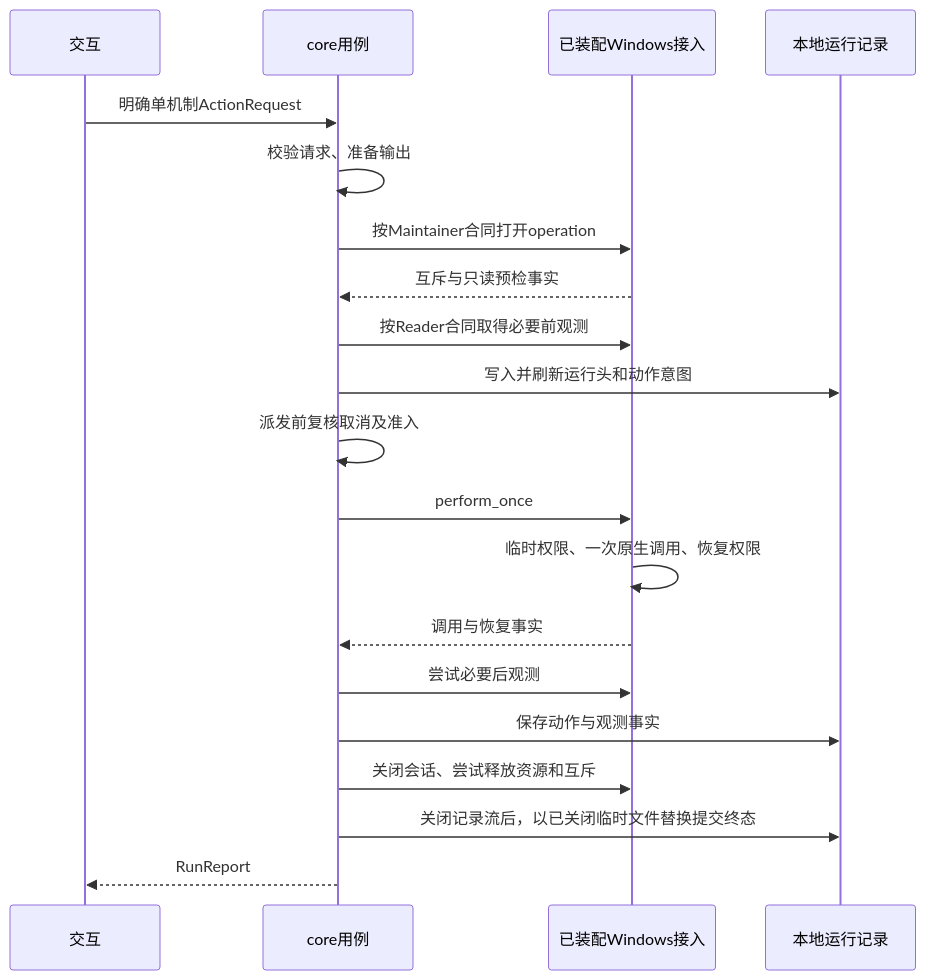
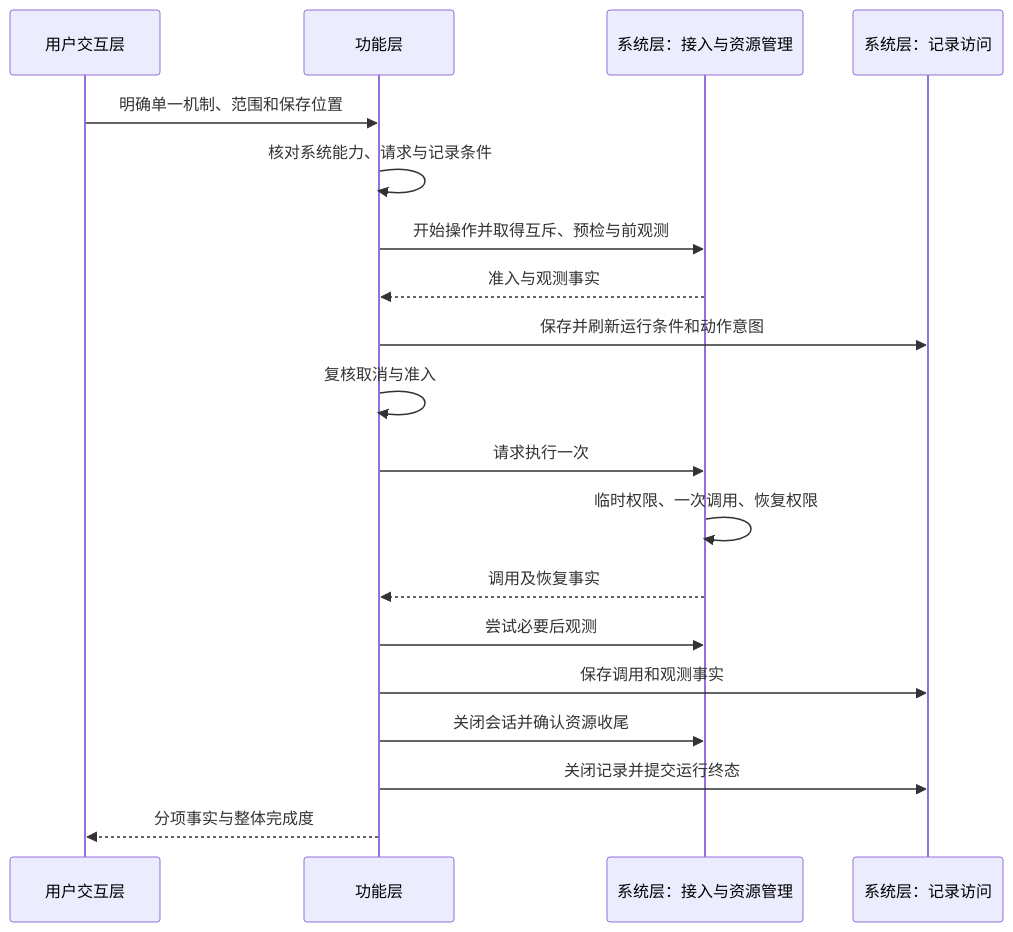
One commit to DreamSoul-AI/cpu-memory-cleanup changed the third of 4 diagrams in docs/CPU 内存清理 架构设计.md. Above: the diagram before and after it, drawn with Mermaid. The commit also changed other lines of this file and 39 other files, not shown here.

````diff
--- a/docs/CPU 内存清理 架构设计.md
+++ b/docs/CPU 内存清理 架构设计.md
@@ -105,22 +122,21 @@
 ```mermaid
 sequenceDiagram
-    participant I as 交互
-    participant C as core用例
-    participant W as 已装配Windows接入
-    participant R as 本地运行记录
-    I->>C: 明确单机制ActionRequest
-    C->>C: 校验请求、准备输出
-    C->>W: 按Maintainer合同打开operation
-    W-->>C: 互斥与只读预检事实
-    C->>W: 按Reader合同取得必要前观测
-    C->>R: 写入并刷新运行头和动作意图
-    C->>C: 派发前复核取消及准入
-    C->>W: perform_once
-    W->>W: 临时权限、一次原生调用、恢复权限
-    W-->>C: 调用与恢复事实
-    C->>W: 尝试必要后观测
-    C->>R: 保存动作与观测事实
-    C->>W: 关闭会话、尝试释放资源和互斥
-    C->>R: 关闭记录流后，以已关闭临时文件替换提交终态
-    C-->>I: RunReport
+    participant U as 用户交互层
+    participant F as 功能层
+    participant S as 系统层：接入与资源管理
+    participant R as 系统层：记录访问
+    U->>F: 明确单一机制、范围和保存位置
+    F->>F: 核对系统能力、请求与记录条件
+    F->>S: 开始操作并取得互斥、预检与前观测
+    S-->>F: 准入与观测事实
+    F->>R: 保存并刷新运行条件和动作意图
+    F->>F: 复核取消与准入
+    F->>S: 请求执行一次
+    S->>S: 临时权限、一次调用、恢复权限
+    S-->>F: 调用及恢复事实
+    F->>S: 尝试必要后观测
+    F->>R: 保存调用和观测事实
+    F->>S: 关闭会话并确认资源收尾
+    F->>R: 关闭记录并提交运行终态
+    F-->>U: 分项事实与整体完成度
 ```
````
